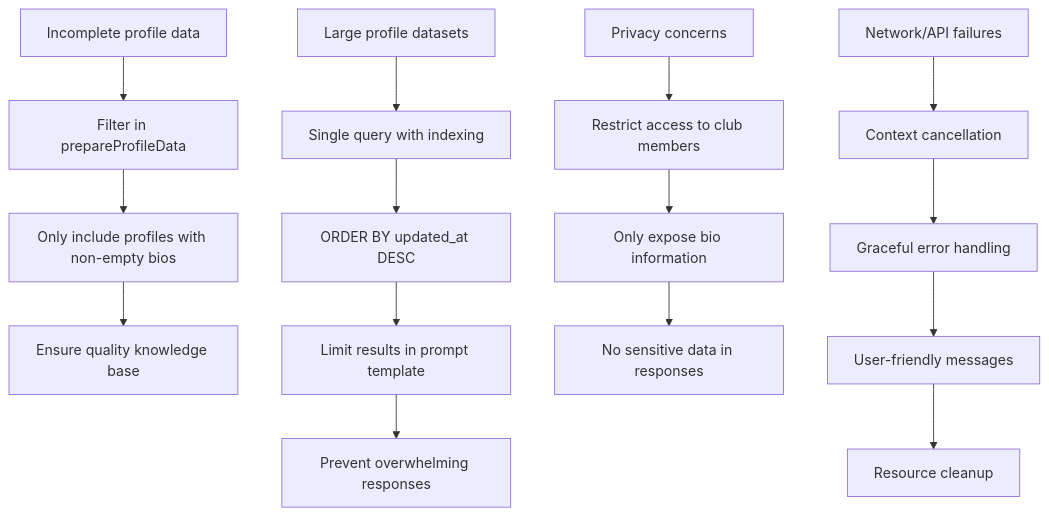
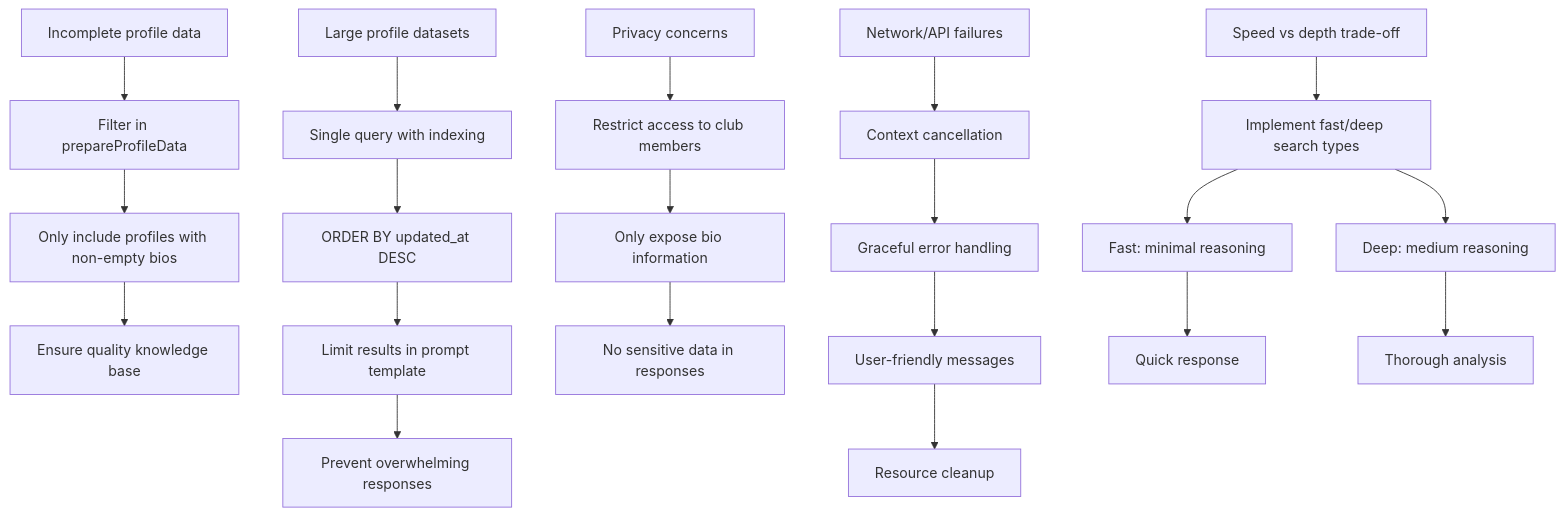
Before and after one commit to it-beard/evo-bot-go: the seventh of 7 diagrams in .qoder/repowiki/en/content/AI-Powered Search/Member Introduction Search.md, drawn with Mermaid. The commit also changed other lines of this file and 14 other files, not shown here.

First line of the commit message:
feat(search): add search type selection with fast and deep options to all search handlers

````diff
--- a/.qoder/repowiki/en/content/AI-Powered Search/Member Introduction Search.md
+++ b/.qoder/repowiki/en/content/AI-Powered Search/Member Introduction Search.md
@@ -277,17 +295,22 @@
 ```mermaid
 flowchart TD
 A[Incomplete profile data] --> B[Filter in prepareProfileData]
 B --> C[Only include profiles with non-empty bios]
 C --> D[Ensure quality knowledge base]
 E[Large profile datasets] --> F[Single query with indexing]
 F --> G[ORDER BY updated_at DESC]
 G --> H[Limit results in prompt template]
 H --> I[Prevent overwhelming responses]
 J[Privacy concerns] --> K[Restrict access to club members]
 K --> L[Only expose bio information]
 L --> M[No sensitive data in responses]
 N[Network/API failures] --> O[Context cancellation]
 O --> P[Graceful error handling]
 P --> Q[User-friendly messages]
 Q --> R[Resource cleanup]
+S[Speed vs depth trade-off] --> T[Implement fast/deep search types]
+T --> U[Fast: minimal reasoning]
+T --> V[Deep: medium reasoning]
+U --> W[Quick response]
+V --> X[Thorough analysis]
 ```
````
